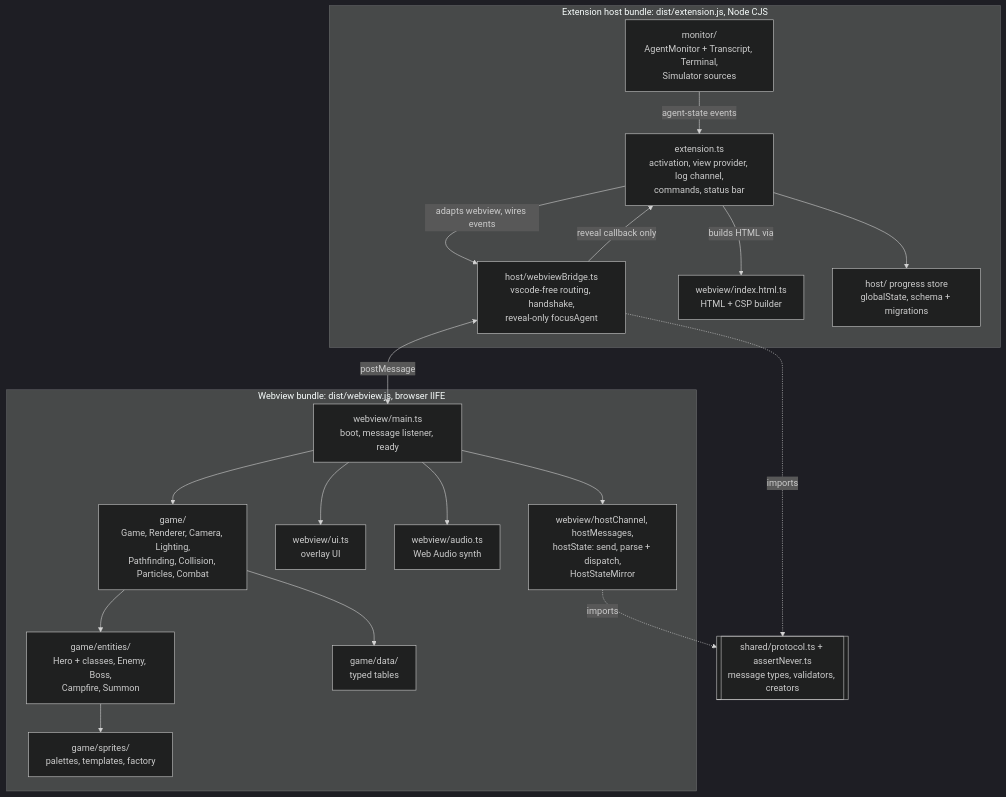
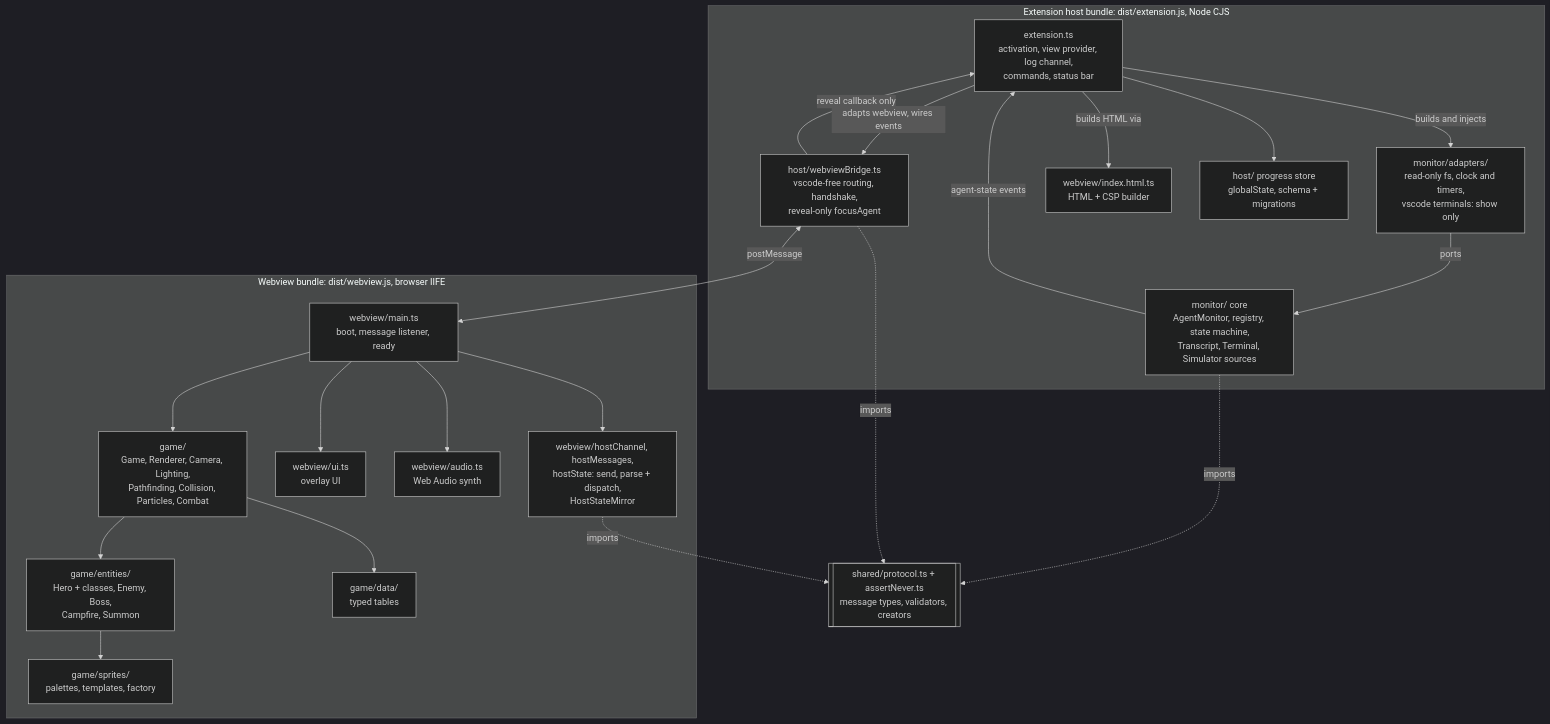
Before and after one commit to GrapeJuicer01/vscode-dungeon-crawlers: the second of 2 diagrams in docs/architecture/overview.md, drawn with Mermaid (dark theme). The commit also changed other lines of this file and 61 other files, not shown here.

First line of the commit message:
feat: read-only agent monitor (M3)

````diff
--- a/docs/architecture/overview.md
+++ b/docs/architecture/overview.md
@@ -35,37 +35,41 @@
 ```mermaid
 flowchart TB
   subgraph host[Extension host bundle: dist/extension.js, Node CJS]
     ext[extension.ts<br/>activation, view provider, log channel,<br/>commands, status bar]
     bridge[host/webviewBridge.ts<br/>vscode-free routing, handshake,<br/>reveal-only focusAgent]
-    mon[monitor/<br/>AgentMonitor + Transcript, Terminal,<br/>Simulator sources]
+    mon[monitor/ core<br/>AgentMonitor, registry, state machine,<br/>Transcript, Terminal, Simulator sources]
+    adp[monitor/adapters/<br/>read-only fs, clock and timers,<br/>vscode terminals: show only]
     html[webview/index.html.ts<br/>HTML + CSP builder]
     store[host/ progress store<br/>globalState, schema + migrations]
   end
   shared[[shared/protocol.ts + assertNever.ts<br/>message types, validators, creators]]
   subgraph web[Webview bundle: dist/webview.js, browser IIFE]
     main[webview/main.ts<br/>boot, message listener, ready]
     hostmods[webview/hostChannel, hostMessages,<br/>hostState: send, parse + dispatch,<br/>HostStateMirror]
     ui[webview/ui.ts<br/>overlay UI]
     audio[webview/audio.ts<br/>Web Audio synth]
     game[game/<br/>Game, Renderer, Camera, Lighting,<br/>Pathfinding, Collision, Particles, Combat]
     ent[game/entities/<br/>Hero + classes, Enemy, Boss,<br/>Campfire, Summon]
     data[game/data/<br/>typed tables]
     spr[game/sprites/<br/>palettes, templates, factory]
   end
 
   mon -- agent-state events --> ext
+  ext -- builds and injects --> adp
+  adp -- ports --> mon
+  mon -. imports .-> shared
   ext -- builds HTML via --> html
   ext -- adapts webview, wires events --> bridge
   bridge <-- postMessage --> main
   bridge -- reveal callback only --> ext
   ext --> store
   bridge -. imports .-> shared
   hostmods -. imports .-> shared
   main --> hostmods
   main --> game
   main --> ui
   main --> audio
   game --> ent
   game --> data
   ent --> spr
 ```
````
